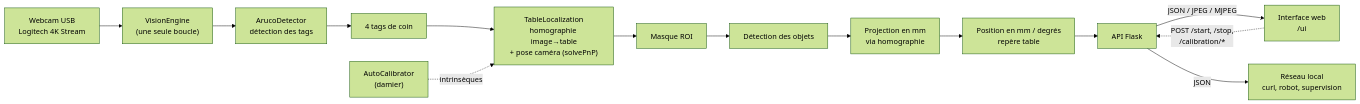
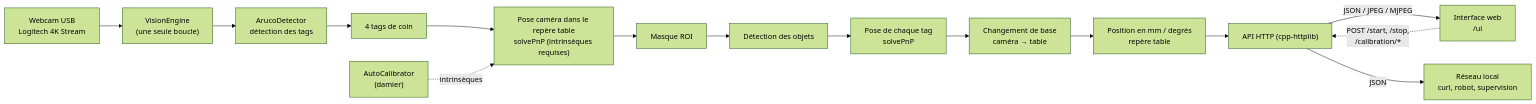
Before and after one commit to robotronik/CDFR2027-Mat-Vision: the diagram in README.md, drawn with Mermaid (forest theme). The commit also changed other lines of this file and 62 other files, not shown here.

````diff
--- a/README.md
+++ b/README.md
@@ -37,16 +43,17 @@
 ```mermaid
 flowchart LR
     CAM["Webcam USB<br/>Logitech 4K Stream"] --> ENG["VisionEngine<br/>(une seule boucle)"]
     ENG --> AR["ArucoDetector<br/>détection des tags"]
     AR --> CORN["4 tags de coin"]
-    CORN --> TAB["TableLocalization<br/>homographie image→table<br/>+ pose caméra (solvePnP)"]
-    TAB --> ROI["Masque ROI"]
+    CORN --> POSE["Pose caméra dans le repère table<br/>solvePnP (intrinsèques requises)"]
+    POSE --> ROI["Masque ROI"]
     ROI --> AR2["Détection des objets"]
-    AR2 --> MAP["Projection en mm<br/>via homographie"]
+    AR2 --> TAG["Pose de chaque tag<br/>solvePnP"]
+    TAG --> MAP["Changement de base<br/>caméra → table"]
     MAP --> OUT["Position en mm / degrés<br/>repère table"]
-    OUT --> API["API Flask"]
+    OUT --> API["API HTTP (cpp-httplib)"]
     API -->|JSON / JPEG / MJPEG| WEB["Interface web<br/>/ui"]
     API -->|JSON| LAN["Réseau local<br/>curl, robot, supervision"]
-    CAL["AutoCalibrator<br/>(damier)"] -.->|intrinsèques| TAB
+    CAL["AutoCalibrator<br/>(damier)"] -.->|intrinsèques| POSE
     WEB -.->|POST /start, /stop,<br/>/calibration/*| API
 ```
````
